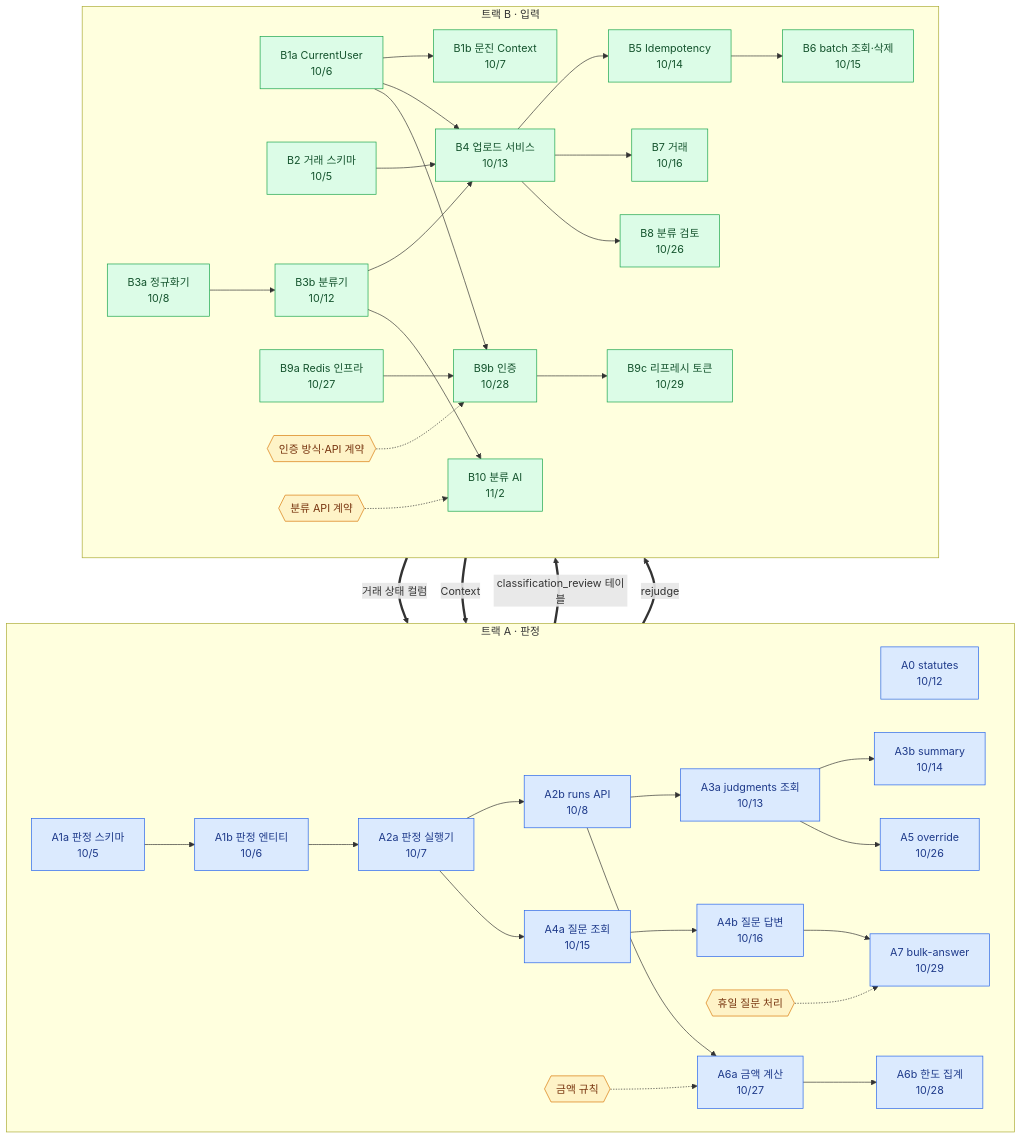
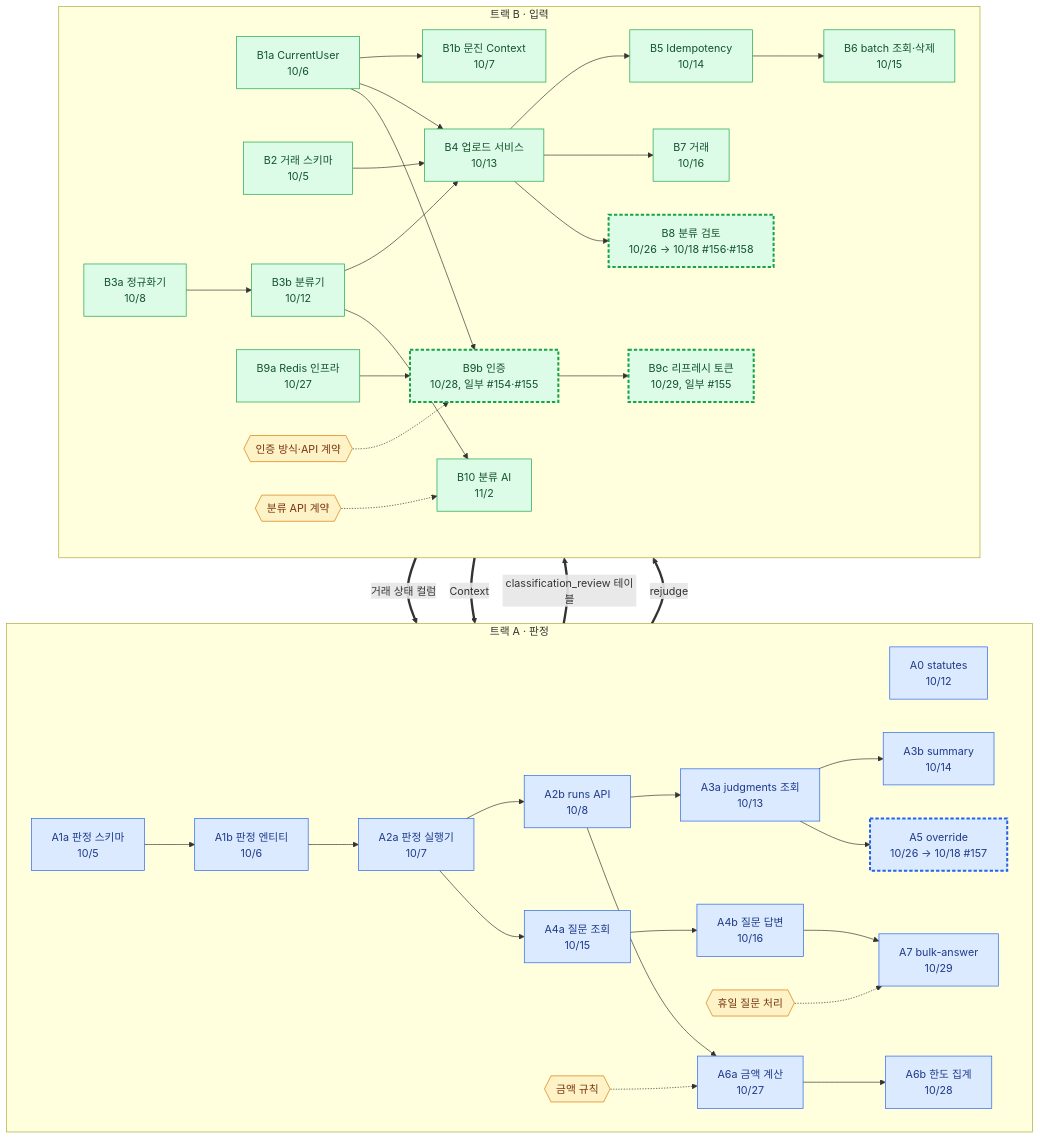
The second of 4 diagrams in docs/backend_api_plan.md (RainDrop3/ktc4-pusan-4), drawn with Mermaid before and after one commit. The commit also changed other lines of this file, not shown here.

````diff
--- a/docs/backend_api_plan.md
+++ b/docs/backend_api_plan.md
@@ -83,51 +84,53 @@
 ```mermaid
 flowchart TB
     subgraph TA["트랙 A · 판정"]
         direction LR
         A0["A0 statutes<br/>10/12"]
         A1a["A1a 판정 스키마<br/>10/5"] --> A1b["A1b 판정 엔티티<br/>10/6"]
         A1b --> A2a["A2a 판정 실행기<br/>10/7"]
         A2a --> A2b["A2b runs API<br/>10/8"]
         A2b --> A3a["A3a judgments 조회<br/>10/13"]
         A3a --> A3b["A3b summary<br/>10/14"]
-        A3a --> A5["A5 override<br/>10/26"]
+        A3a --> A5["A5 override<br/>10/26 → 10/18 #157"]
         A2a --> A4a["A4a 질문 조회<br/>10/15"]
         A4a --> A4b["A4b 질문 답변<br/>10/16"]
         A4b --> A7["A7 bulk-answer<br/>10/29"]
         A2b --> A6a["A6a 금액 계산<br/>10/27"]
         A6a --> A6b["A6b 한도 집계<br/>10/28"]
         D2{{"금액 규칙"}} -.-> A6a
         D4{{"휴일 질문 처리"}} -.-> A7
     end
 
     subgraph TB["트랙 B · 입력"]
         direction LR
         B1a["B1a CurrentUser<br/>10/6"] --> B1b["B1b 문진 Context<br/>10/7"]
         B2["B2 거래 스키마<br/>10/5"] --> B4["B4 업로드 서비스<br/>10/13"]
         B1a --> B4
         B3a["B3a 정규화기<br/>10/8"] --> B3b["B3b 분류기<br/>10/12"]
         B3b --> B4
         B4 --> B5["B5 Idempotency<br/>10/14"]
         B5 --> B6["B6 batch 조회·삭제<br/>10/15"]
         B4 --> B7["B7 거래<br/>10/16"]
-        B4 --> B8["B8 분류 검토<br/>10/26"]
-        B9a["B9a Redis 인프라<br/>10/27"] --> B9b["B9b 인증<br/>10/28"]
+        B4 --> B8["B8 분류 검토<br/>10/26 → 10/18 #156·#158"]
+        B9a["B9a Redis 인프라<br/>10/27"] --> B9b["B9b 인증<br/>10/28, 일부 #154·#155"]
         B1a --> B9b
-        B9b --> B9c["B9c 리프레시 토큰<br/>10/29"]
+        B9b --> B9c["B9c 리프레시 토큰<br/>10/29, 일부 #155"]
         B3b --> B10["B10 분류 AI<br/>11/2"]
         D1{{"인증 방식·API 계약"}} -.-> B9b
         D3{{"분류 API 계약"}} -.-> B10
     end
 
     A1a ==>|classification_review 테이블| B4
     B2 ==>|거래 상태 컬럼| A2a
     B1b ==>|Context| A2b
     A2a ==>|rejudge| B8
 
     classDef trackA fill:#dbeafe,stroke:#2563eb,color:#1e3a8a
     classDef trackB fill:#dcfce7,stroke:#16a34a,color:#14532d
     classDef decision fill:#fef3c7,stroke:#d97706,color:#78350f
     class A0,A1a,A1b,A2a,A2b,A3a,A3b,A4a,A4b,A5,A6a,A6b,A7 trackA
     class B1a,B1b,B2,B3a,B3b,B4,B5,B6,B7,B8,B9a,B9b,B9c,B10 trackB
     class D1,D2,D3,D4 decision
+    classDef pulled stroke-dasharray:5 3,stroke-width:3px
+    class A5,B8,B9b,B9c pulled
 ```
````
